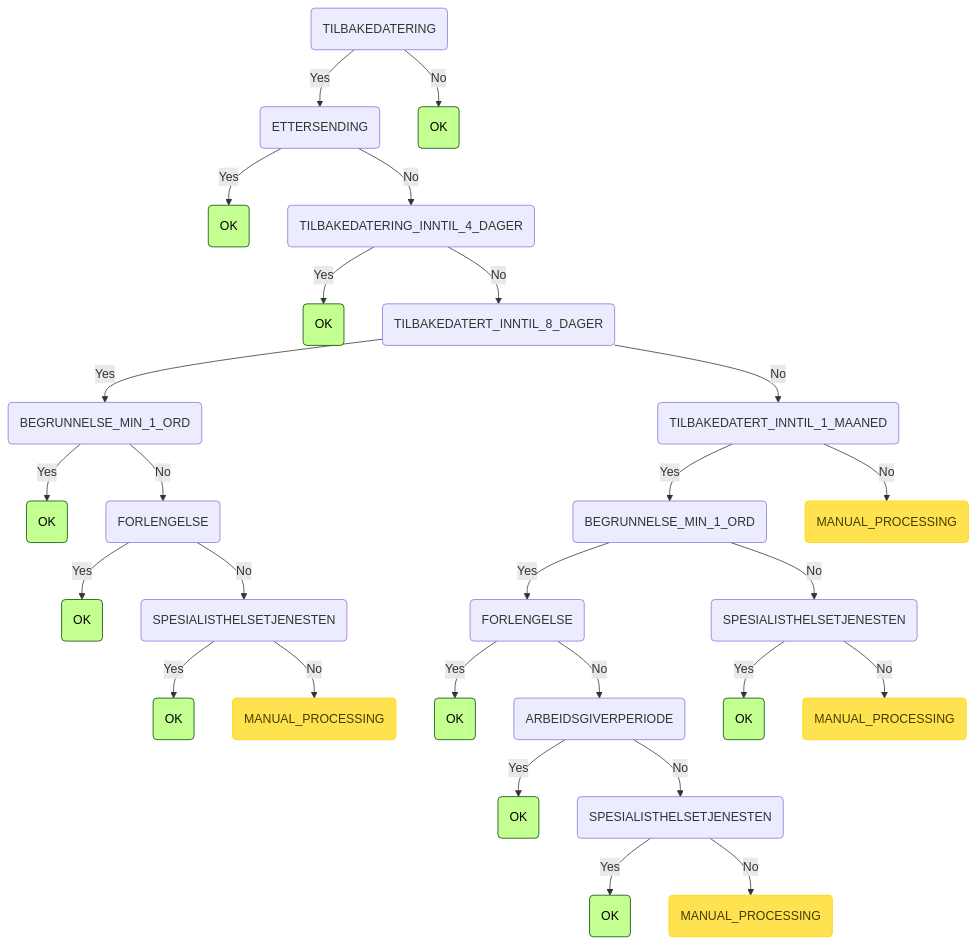
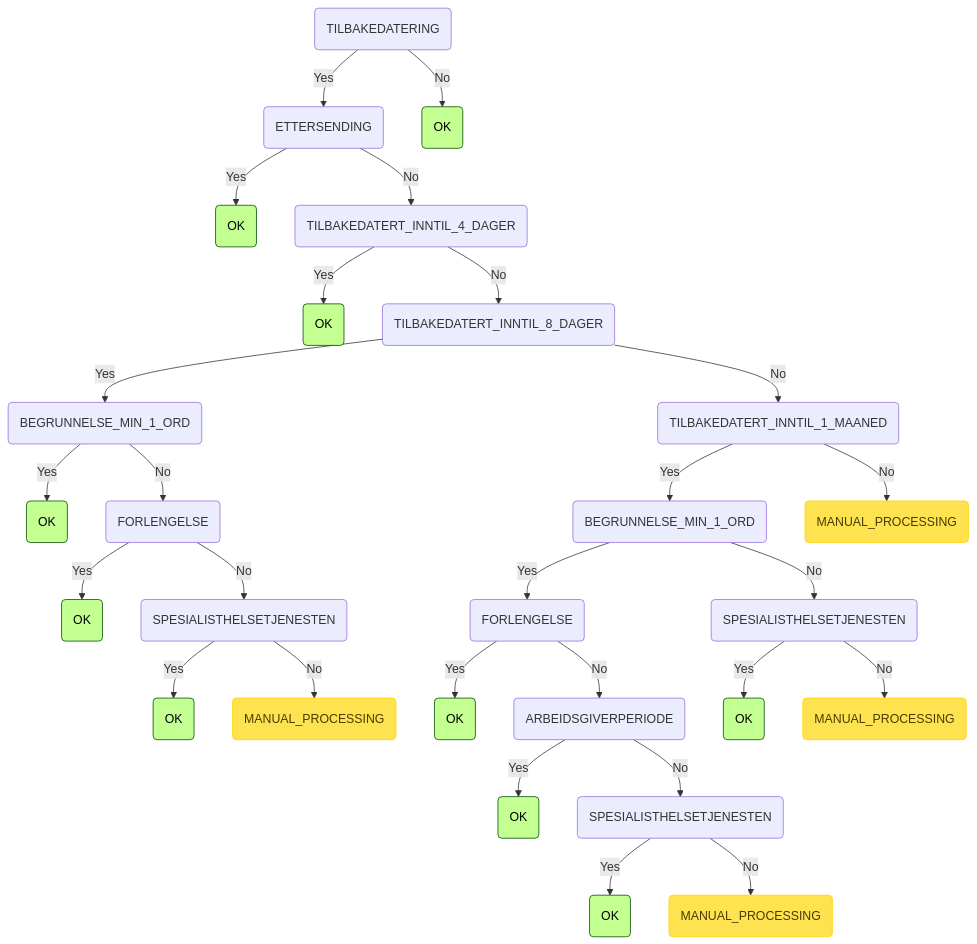
The eighth of 8 diagrams in README.md (navikt/syfosmpapirregler), drawn with Mermaid before and after one commit. The commit also changed 2 other files, not shown here.

Commit message:
chore: rename TILBAKEDATERT_INNTIL_4_DAGER

````diff
--- a/README.md
+++ b/README.md
@@ -249,32 +249,32 @@
 ```mermaid
 graph TD
     root(TILBAKEDATERING) -->|Yes| root_TILBAKEDATERING_ETTERSENDING(ETTERSENDING)
     root_TILBAKEDATERING_ETTERSENDING(ETTERSENDING) -->|Yes| root_TILBAKEDATERING_ETTERSENDING_OK(OK):::ok
-    root_TILBAKEDATERING_ETTERSENDING(ETTERSENDING) -->|No| root_TILBAKEDATERING_ETTERSENDING_TILBAKEDATERING_INNTIL_4_DAGER(TILBAKEDATERING_INNTIL_4_DAGER)
-    root_TILBAKEDATERING_ETTERSENDING_TILBAKEDATERING_INNTIL_4_DAGER(TILBAKEDATERING_INNTIL_4_DAGER) -->|Yes| root_TILBAKEDATERING_ETTERSENDING_TILBAKEDATERING_INNTIL_4_DAGER_OK(OK):::ok
-    root_TILBAKEDATERING_ETTERSENDING_TILBAKEDATERING_INNTIL_4_DAGER(TILBAKEDATERING_INNTIL_4_DAGER) -->|No| root_TILBAKEDATERING_ETTERSENDING_TILBAKEDATERING_INNTIL_4_DAGER_TILBAKEDATERT_INNTIL_8_DAGER(TILBAKEDATERT_INNTIL_8_DAGER)
-    root_TILBAKEDATERING_ETTERSENDING_TILBAKEDATERING_INNTIL_4_DAGER_TILBAKEDATERT_INNTIL_8_DAGER(TILBAKEDATERT_INNTIL_8_DAGER) -->|Yes| root_TILBAKEDATERING_ETTERSENDING_TILBAKEDATERING_INNTIL_4_DAGER_TILBAKEDATERT_INNTIL_8_DAGER_BEGRUNNELSE_MIN_1_ORD(BEGRUNNELSE_MIN_1_ORD)
-    root_TILBAKEDATERING_ETTERSENDING_TILBAKEDATERING_INNTIL_4_DAGER_TILBAKEDATERT_INNTIL_8_DAGER_BEGRUNNELSE_MIN_1_ORD(BEGRUNNELSE_MIN_1_ORD) -->|Yes| root_TILBAKEDATERING_ETTERSENDING_TILBAKEDATERING_INNTIL_4_DAGER_TILBAKEDATERT_INNTIL_8_DAGER_BEGRUNNELSE_MIN_1_ORD_OK(OK):::ok
-    root_TILBAKEDATERING_ETTERSENDING_TILBAKEDATERING_INNTIL_4_DAGER_TILBAKEDATERT_INNTIL_8_DAGER_BEGRUNNELSE_MIN_1_ORD(BEGRUNNELSE_MIN_1_ORD) -->|No| root_TILBAKEDATERING_ETTERSENDING_TILBAKEDATERING_INNTIL_4_DAGER_TILBAKEDATERT_INNTIL_8_DAGER_BEGRUNNELSE_MIN_1_ORD_FORLENGELSE(FORLENGELSE)
-    root_TILBAKEDATERING_ETTERSENDING_TILBAKEDATERING_INNTIL_4_DAGER_TILBAKEDATERT_INNTIL_8_DAGER_BEGRUNNELSE_MIN_1_ORD_FORLENGELSE(FORLENGELSE) -->|Yes| root_TILBAKEDATERING_ETTERSENDING_TILBAKEDATERING_INNTIL_4_DAGER_TILBAKEDATERT_INNTIL_8_DAGER_BEGRUNNELSE_MIN_1_ORD_FORLENGELSE_OK(OK):::ok
-    root_TILBAKEDATERING_ETTERSENDING_TILBAKEDATERING_INNTIL_4_DAGER_TILBAKEDATERT_INNTIL_8_DAGER_BEGRUNNELSE_MIN_1_ORD_FORLENGELSE(FORLENGELSE) -->|No| root_TILBAKEDATERING_ETTERSENDING_TILBAKEDATERING_INNTIL_4_DAGER_TILBAKEDATERT_INNTIL_8_DAGER_BEGRUNNELSE_MIN_1_ORD_FORLENGELSE_SPESIALISTHELSETJENESTEN(SPESIALISTHELSETJENESTEN)
-    root_TILBAKEDATERING_ETTERSENDING_TILBAKEDATERING_INNTIL_4_DAGER_TILBAKEDATERT_INNTIL_8_DAGER_BEGRUNNELSE_MIN_1_ORD_FORLENGELSE_SPESIALISTHELSETJENESTEN(SPESIALISTHELSETJENESTEN) -->|Yes| root_TILBAKEDATERING_ETTERSENDING_TILBAKEDATERING_INNTIL_4_DAGER_TILBAKEDATERT_INNTIL_8_DAGER_BEGRUNNELSE_MIN_1_ORD_FORLENGELSE_SPESIALISTHELSETJENESTEN_OK(OK):::ok
-    root_TILBAKEDATERING_ETTERSENDING_TILBAKEDATERING_INNTIL_4_DAGER_TILBAKEDATERT_INNTIL_8_DAGER_BEGRUNNELSE_MIN_1_ORD_FORLENGELSE_SPESIALISTHELSETJENESTEN(SPESIALISTHELSETJENESTEN) -->|No| root_TILBAKEDATERING_ETTERSENDING_TILBAKEDATERING_INNTIL_4_DAGER_TILBAKEDATERT_INNTIL_8_DAGER_BEGRUNNELSE_MIN_1_ORD_FORLENGELSE_SPESIALISTHELSETJENESTEN_MANUAL_PROCESSING(MANUAL_PROCESSING):::manuell
-    root_TILBAKEDATERING_ETTERSENDING_TILBAKEDATERING_INNTIL_4_DAGER_TILBAKEDATERT_INNTIL_8_DAGER(TILBAKEDATERT_INNTIL_8_DAGER) -->|No| root_TILBAKEDATERING_ETTERSENDING_TILBAKEDATERING_INNTIL_4_DAGER_TILBAKEDATERT_INNTIL_8_DAGER_TILBAKEDATERT_INNTIL_1_MAANED(TILBAKEDATERT_INNTIL_1_MAANED)
-    root_TILBAKEDATERING_ETTERSENDING_TILBAKEDATERING_INNTIL_4_DAGER_TILBAKEDATERT_INNTIL_8_DAGER_TILBAKEDATERT_INNTIL_1_MAANED(TILBAKEDATERT_INNTIL_1_MAANED) -->|Yes| root_TILBAKEDATERING_ETTERSENDING_TILBAKEDATERING_INNTIL_4_DAGER_TILBAKEDATERT_INNTIL_8_DAGER_TILBAKEDATERT_INNTIL_1_MAANED_BEGRUNNELSE_MIN_1_ORD(BEGRUNNELSE_MIN_1_ORD)
-    root_TILBAKEDATERING_ETTERSENDING_TILBAKEDATERING_INNTIL_4_DAGER_TILBAKEDATERT_INNTIL_8_DAGER_TILBAKEDATERT_INNTIL_1_MAANED_BEGRUNNELSE_MIN_1_ORD(BEGRUNNELSE_MIN_1_ORD) -->|Yes| root_TILBAKEDATERING_ETTERSENDING_TILBAKEDATERING_INNTIL_4_DAGER_TILBAKEDATERT_INNTIL_8_DAGER_TILBAKEDATERT_INNTIL_1_MAANED_BEGRUNNELSE_MIN_1_ORD_FORLENGELSE(FORLENGELSE)
-    root_TILBAKEDATERING_ETTERSENDING_TILBAKEDATERING_INNTIL_4_DAGER_TILBAKEDATERT_INNTIL_8_DAGER_TILBAKEDATERT_INNTIL_1_MAANED_BEGRUNNELSE_MIN_1_ORD_FORLENGELSE(FORLENGELSE) -->|Yes| root_TILBAKEDATERING_ETTERSENDING_TILBAKEDATERING_INNTIL_4_DAGER_TILBAKEDATERT_INNTIL_8_DAGER_TILBAKEDATERT_INNTIL_1_MAANED_BEGRUNNELSE_MIN_1_ORD_FORLENGELSE_OK(OK):::ok
-    root_TILBAKEDATERING_ETTERSENDING_TILBAKEDATERING_INNTIL_4_DAGER_TILBAKEDATERT_INNTIL_8_DAGER_TILBAKEDATERT_INNTIL_1_MAANED_BEGRUNNELSE_MIN_1_ORD_FORLENGELSE(FORLENGELSE) -->|No| root_TILBAKEDATERING_ETTERSENDING_TILBAKEDATERING_INNTIL_4_DAGER_TILBAKEDATERT_INNTIL_8_DAGER_TILBAKEDATERT_INNTIL_1_MAANED_BEGRUNNELSE_MIN_1_ORD_FORLENGELSE_ARBEIDSGIVERPERIODE(ARBEIDSGIVERPERIODE)
-    root_TILBAKEDATERING_ETTERSENDING_TILBAKEDATERING_INNTIL_4_DAGER_TILBAKEDATERT_INNTIL_8_DAGER_TILBAKEDATERT_INNTIL_1_MAANED_BEGRUNNELSE_MIN_1_ORD_FORLENGELSE_ARBEIDSGIVERPERIODE(ARBEIDSGIVERPERIODE) -->|Yes| root_TILBAKEDATERING_ETTERSENDING_TILBAKEDATERING_INNTIL_4_DAGER_TILBAKEDATERT_INNTIL_8_DAGER_TILBAKEDATERT_INNTIL_1_MAANED_BEGRUNNELSE_MIN_1_ORD_FORLENGELSE_ARBEIDSGIVERPERIODE_OK(OK):::ok
-    root_TILBAKEDATERING_ETTERSENDING_TILBAKEDATERING_INNTIL_4_DAGER_TILBAKEDATERT_INNTIL_8_DAGER_TILBAKEDATERT_INNTIL_1_MAANED_BEGRUNNELSE_MIN_1_ORD_FORLENGELSE_ARBEIDSGIVERPERIODE(ARBEIDSGIVERPERIODE) -->|No| root_TILBAKEDATERING_ETTERSENDING_TILBAKEDATERING_INNTIL_4_DAGER_TILBAKEDATERT_INNTIL_8_DAGER_TILBAKEDATERT_INNTIL_1_MAANED_BEGRUNNELSE_MIN_1_ORD_FORLENGELSE_ARBEIDSGIVERPERIODE_SPESIALISTHELSETJENESTEN(SPESIALISTHELSETJENESTEN)
-    root_TILBAKEDATERING_ETTERSENDING_TILBAKEDATERING_INNTIL_4_DAGER_TILBAKEDATERT_INNTIL_8_DAGER_TILBAKEDATERT_INNTIL_1_MAANED_BEGRUNNELSE_MIN_1_ORD_FORLENGELSE_ARBEIDSGIVERPERIODE_SPESIALISTHELSETJENESTEN(SPESIALISTHELSETJENESTEN) -->|Yes| root_TILBAKEDATERING_ETTERSENDING_TILBAKEDATERING_INNTIL_4_DAGER_TILBAKEDATERT_INNTIL_8_DAGER_TILBAKEDATERT_INNTIL_1_MAANED_BEGRUNNELSE_MIN_1_ORD_FORLENGELSE_ARBEIDSGIVERPERIODE_SPESIALISTHELSETJENESTEN_OK(OK):::ok
-    root_TILBAKEDATERING_ETTERSENDING_TILBAKEDATERING_INNTIL_4_DAGER_TILBAKEDATERT_INNTIL_8_DAGER_TILBAKEDATERT_INNTIL_1_MAANED_BEGRUNNELSE_MIN_1_ORD_FORLENGELSE_ARBEIDSGIVERPERIODE_SPESIALISTHELSETJENESTEN(SPESIALISTHELSETJENESTEN) -->|No| root_TILBAKEDATERING_ETTERSENDING_TILBAKEDATERING_INNTIL_4_DAGER_TILBAKEDATERT_INNTIL_8_DAGER_TILBAKEDATERT_INNTIL_1_MAANED_BEGRUNNELSE_MIN_1_ORD_FORLENGELSE_ARBEIDSGIVERPERIODE_SPESIALISTHELSETJENESTEN_MANUAL_PROCESSING(MANUAL_PROCESSING):::manuell
-    root_TILBAKEDATERING_ETTERSENDING_TILBAKEDATERING_INNTIL_4_DAGER_TILBAKEDATERT_INNTIL_8_DAGER_TILBAKEDATERT_INNTIL_1_MAANED_BEGRUNNELSE_MIN_1_ORD(BEGRUNNELSE_MIN_1_ORD) -->|No| root_TILBAKEDATERING_ETTERSENDING_TILBAKEDATERING_INNTIL_4_DAGER_TILBAKEDATERT_INNTIL_8_DAGER_TILBAKEDATERT_INNTIL_1_MAANED_BEGRUNNELSE_MIN_1_ORD_SPESIALISTHELSETJENESTEN(SPESIALISTHELSETJENESTEN)
-    root_TILBAKEDATERING_ETTERSENDING_TILBAKEDATERING_INNTIL_4_DAGER_TILBAKEDATERT_INNTIL_8_DAGER_TILBAKEDATERT_INNTIL_1_MAANED_BEGRUNNELSE_MIN_1_ORD_SPESIALISTHELSETJENESTEN(SPESIALISTHELSETJENESTEN) -->|Yes| root_TILBAKEDATERING_ETTERSENDING_TILBAKEDATERING_INNTIL_4_DAGER_TILBAKEDATERT_INNTIL_8_DAGER_TILBAKEDATERT_INNTIL_1_MAANED_BEGRUNNELSE_MIN_1_ORD_SPESIALISTHELSETJENESTEN_OK(OK):::ok
-    root_TILBAKEDATERING_ETTERSENDING_TILBAKEDATERING_INNTIL_4_DAGER_TILBAKEDATERT_INNTIL_8_DAGER_TILBAKEDATERT_INNTIL_1_MAANED_BEGRUNNELSE_MIN_1_ORD_SPESIALISTHELSETJENESTEN(SPESIALISTHELSETJENESTEN) -->|No| root_TILBAKEDATERING_ETTERSENDING_TILBAKEDATERING_INNTIL_4_DAGER_TILBAKEDATERT_INNTIL_8_DAGER_TILBAKEDATERT_INNTIL_1_MAANED_BEGRUNNELSE_MIN_1_ORD_SPESIALISTHELSETJENESTEN_MANUAL_PROCESSING(MANUAL_PROCESSING):::manuell
-    root_TILBAKEDATERING_ETTERSENDING_TILBAKEDATERING_INNTIL_4_DAGER_TILBAKEDATERT_INNTIL_8_DAGER_TILBAKEDATERT_INNTIL_1_MAANED(TILBAKEDATERT_INNTIL_1_MAANED) -->|No| root_TILBAKEDATERING_ETTERSENDING_TILBAKEDATERING_INNTIL_4_DAGER_TILBAKEDATERT_INNTIL_8_DAGER_TILBAKEDATERT_INNTIL_1_MAANED_MANUAL_PROCESSING(MANUAL_PROCESSING):::manuell
+    root_TILBAKEDATERING_ETTERSENDING(ETTERSENDING) -->|No| root_TILBAKEDATERING_ETTERSENDING_TILBAKEDATERT_INNTIL_4_DAGER(TILBAKEDATERT_INNTIL_4_DAGER)
+    root_TILBAKEDATERING_ETTERSENDING_TILBAKEDATERT_INNTIL_4_DAGER(TILBAKEDATERT_INNTIL_4_DAGER) -->|Yes| root_TILBAKEDATERING_ETTERSENDING_TILBAKEDATERT_INNTIL_4_DAGER_OK(OK):::ok
+    root_TILBAKEDATERING_ETTERSENDING_TILBAKEDATERT_INNTIL_4_DAGER(TILBAKEDATERT_INNTIL_4_DAGER) -->|No| root_TILBAKEDATERING_ETTERSENDING_TILBAKEDATERT_INNTIL_4_DAGER_TILBAKEDATERT_INNTIL_8_DAGER(TILBAKEDATERT_INNTIL_8_DAGER)
+    root_TILBAKEDATERING_ETTERSENDING_TILBAKEDATERT_INNTIL_4_DAGER_TILBAKEDATERT_INNTIL_8_DAGER(TILBAKEDATERT_INNTIL_8_DAGER) -->|Yes| root_TILBAKEDATERING_ETTERSENDING_TILBAKEDATERT_INNTIL_4_DAGER_TILBAKEDATERT_INNTIL_8_DAGER_BEGRUNNELSE_MIN_1_ORD(BEGRUNNELSE_MIN_1_ORD)
+    root_TILBAKEDATERING_ETTERSENDING_TILBAKEDATERT_INNTIL_4_DAGER_TILBAKEDATERT_INNTIL_8_DAGER_BEGRUNNELSE_MIN_1_ORD(BEGRUNNELSE_MIN_1_ORD) -->|Yes| root_TILBAKEDATERING_ETTERSENDING_TILBAKEDATERT_INNTIL_4_DAGER_TILBAKEDATERT_INNTIL_8_DAGER_BEGRUNNELSE_MIN_1_ORD_OK(OK):::ok
+    root_TILBAKEDATERING_ETTERSENDING_TILBAKEDATERT_INNTIL_4_DAGER_TILBAKEDATERT_INNTIL_8_DAGER_BEGRUNNELSE_MIN_1_ORD(BEGRUNNELSE_MIN_1_ORD) -->|No| root_TILBAKEDATERING_ETTERSENDING_TILBAKEDATERT_INNTIL_4_DAGER_TILBAKEDATERT_INNTIL_8_DAGER_BEGRUNNELSE_MIN_1_ORD_FORLENGELSE(FORLENGELSE)
+    root_TILBAKEDATERING_ETTERSENDING_TILBAKEDATERT_INNTIL_4_DAGER_TILBAKEDATERT_INNTIL_8_DAGER_BEGRUNNELSE_MIN_1_ORD_FORLENGELSE(FORLENGELSE) -->|Yes| root_TILBAKEDATERING_ETTERSENDING_TILBAKEDATERT_INNTIL_4_DAGER_TILBAKEDATERT_INNTIL_8_DAGER_BEGRUNNELSE_MIN_1_ORD_FORLENGELSE_OK(OK):::ok
+    root_TILBAKEDATERING_ETTERSENDING_TILBAKEDATERT_INNTIL_4_DAGER_TILBAKEDATERT_INNTIL_8_DAGER_BEGRUNNELSE_MIN_1_ORD_FORLENGELSE(FORLENGELSE) -->|No| root_TILBAKEDATERING_ETTERSENDING_TILBAKEDATERT_INNTIL_4_DAGER_TILBAKEDATERT_INNTIL_8_DAGER_BEGRUNNELSE_MIN_1_ORD_FORLENGELSE_SPESIALISTHELSETJENESTEN(SPESIALISTHELSETJENESTEN)
+    root_TILBAKEDATERING_ETTERSENDING_TILBAKEDATERT_INNTIL_4_DAGER_TILBAKEDATERT_INNTIL_8_DAGER_BEGRUNNELSE_MIN_1_ORD_FORLENGELSE_SPESIALISTHELSETJENESTEN(SPESIALISTHELSETJENESTEN) -->|Yes| root_TILBAKEDATERING_ETTERSENDING_TILBAKEDATERT_INNTIL_4_DAGER_TILBAKEDATERT_INNTIL_8_DAGER_BEGRUNNELSE_MIN_1_ORD_FORLENGELSE_SPESIALISTHELSETJENESTEN_OK(OK):::ok
+    root_TILBAKEDATERING_ETTERSENDING_TILBAKEDATERT_INNTIL_4_DAGER_TILBAKEDATERT_INNTIL_8_DAGER_BEGRUNNELSE_MIN_1_ORD_FORLENGELSE_SPESIALISTHELSETJENESTEN(SPESIALISTHELSETJENESTEN) -->|No| root_TILBAKEDATERING_ETTERSENDING_TILBAKEDATERT_INNTIL_4_DAGER_TILBAKEDATERT_INNTIL_8_DAGER_BEGRUNNELSE_MIN_1_ORD_FORLENGELSE_SPESIALISTHELSETJENESTEN_MANUAL_PROCESSING(MANUAL_PROCESSING):::manuell
+    root_TILBAKEDATERING_ETTERSENDING_TILBAKEDATERT_INNTIL_4_DAGER_TILBAKEDATERT_INNTIL_8_DAGER(TILBAKEDATERT_INNTIL_8_DAGER) -->|No| root_TILBAKEDATERING_ETTERSENDING_TILBAKEDATERT_INNTIL_4_DAGER_TILBAKEDATERT_INNTIL_8_DAGER_TILBAKEDATERT_INNTIL_1_MAANED(TILBAKEDATERT_INNTIL_1_MAANED)
+    root_TILBAKEDATERING_ETTERSENDING_TILBAKEDATERT_INNTIL_4_DAGER_TILBAKEDATERT_INNTIL_8_DAGER_TILBAKEDATERT_INNTIL_1_MAANED(TILBAKEDATERT_INNTIL_1_MAANED) -->|Yes| root_TILBAKEDATERING_ETTERSENDING_TILBAKEDATERT_INNTIL_4_DAGER_TILBAKEDATERT_INNTIL_8_DAGER_TILBAKEDATERT_INNTIL_1_MAANED_BEGRUNNELSE_MIN_1_ORD(BEGRUNNELSE_MIN_1_ORD)
+    root_TILBAKEDATERING_ETTERSENDING_TILBAKEDATERT_INNTIL_4_DAGER_TILBAKEDATERT_INNTIL_8_DAGER_TILBAKEDATERT_INNTIL_1_MAANED_BEGRUNNELSE_MIN_1_ORD(BEGRUNNELSE_MIN_1_ORD) -->|Yes| root_TILBAKEDATERING_ETTERSENDING_TILBAKEDATERT_INNTIL_4_DAGER_TILBAKEDATERT_INNTIL_8_DAGER_TILBAKEDATERT_INNTIL_1_MAANED_BEGRUNNELSE_MIN_1_ORD_FORLENGELSE(FORLENGELSE)
+    root_TILBAKEDATERING_ETTERSENDING_TILBAKEDATERT_INNTIL_4_DAGER_TILBAKEDATERT_INNTIL_8_DAGER_TILBAKEDATERT_INNTIL_1_MAANED_BEGRUNNELSE_MIN_1_ORD_FORLENGELSE(FORLENGELSE) -->|Yes| root_TILBAKEDATERING_ETTERSENDING_TILBAKEDATERT_INNTIL_4_DAGER_TILBAKEDATERT_INNTIL_8_DAGER_TILBAKEDATERT_INNTIL_1_MAANED_BEGRUNNELSE_MIN_1_ORD_FORLENGELSE_OK(OK):::ok
+    root_TILBAKEDATERING_ETTERSENDING_TILBAKEDATERT_INNTIL_4_DAGER_TILBAKEDATERT_INNTIL_8_DAGER_TILBAKEDATERT_INNTIL_1_MAANED_BEGRUNNELSE_MIN_1_ORD_FORLENGELSE(FORLENGELSE) -->|No| root_TILBAKEDATERING_ETTERSENDING_TILBAKEDATERT_INNTIL_4_DAGER_TILBAKEDATERT_INNTIL_8_DAGER_TILBAKEDATERT_INNTIL_1_MAANED_BEGRUNNELSE_MIN_1_ORD_FORLENGELSE_ARBEIDSGIVERPERIODE(ARBEIDSGIVERPERIODE)
+    root_TILBAKEDATERING_ETTERSENDING_TILBAKEDATERT_INNTIL_4_DAGER_TILBAKEDATERT_INNTIL_8_DAGER_TILBAKEDATERT_INNTIL_1_MAANED_BEGRUNNELSE_MIN_1_ORD_FORLENGELSE_ARBEIDSGIVERPERIODE(ARBEIDSGIVERPERIODE) -->|Yes| root_TILBAKEDATERING_ETTERSENDING_TILBAKEDATERT_INNTIL_4_DAGER_TILBAKEDATERT_INNTIL_8_DAGER_TILBAKEDATERT_INNTIL_1_MAANED_BEGRUNNELSE_MIN_1_ORD_FORLENGELSE_ARBEIDSGIVERPERIODE_OK(OK):::ok
+    root_TILBAKEDATERING_ETTERSENDING_TILBAKEDATERT_INNTIL_4_DAGER_TILBAKEDATERT_INNTIL_8_DAGER_TILBAKEDATERT_INNTIL_1_MAANED_BEGRUNNELSE_MIN_1_ORD_FORLENGELSE_ARBEIDSGIVERPERIODE(ARBEIDSGIVERPERIODE) -->|No| root_TILBAKEDATERING_ETTERSENDING_TILBAKEDATERT_INNTIL_4_DAGER_TILBAKEDATERT_INNTIL_8_DAGER_TILBAKEDATERT_INNTIL_1_MAANED_BEGRUNNELSE_MIN_1_ORD_FORLENGELSE_ARBEIDSGIVERPERIODE_SPESIALISTHELSETJENESTEN(SPESIALISTHELSETJENESTEN)
+    root_TILBAKEDATERING_ETTERSENDING_TILBAKEDATERT_INNTIL_4_DAGER_TILBAKEDATERT_INNTIL_8_DAGER_TILBAKEDATERT_INNTIL_1_MAANED_BEGRUNNELSE_MIN_1_ORD_FORLENGELSE_ARBEIDSGIVERPERIODE_SPESIALISTHELSETJENESTEN(SPESIALISTHELSETJENESTEN) -->|Yes| root_TILBAKEDATERING_ETTERSENDING_TILBAKEDATERT_INNTIL_4_DAGER_TILBAKEDATERT_INNTIL_8_DAGER_TILBAKEDATERT_INNTIL_1_MAANED_BEGRUNNELSE_MIN_1_ORD_FORLENGELSE_ARBEIDSGIVERPERIODE_SPESIALISTHELSETJENESTEN_OK(OK):::ok
+    root_TILBAKEDATERING_ETTERSENDING_TILBAKEDATERT_INNTIL_4_DAGER_TILBAKEDATERT_INNTIL_8_DAGER_TILBAKEDATERT_INNTIL_1_MAANED_BEGRUNNELSE_MIN_1_ORD_FORLENGELSE_ARBEIDSGIVERPERIODE_SPESIALISTHELSETJENESTEN(SPESIALISTHELSETJENESTEN) -->|No| root_TILBAKEDATERING_ETTERSENDING_TILBAKEDATERT_INNTIL_4_DAGER_TILBAKEDATERT_INNTIL_8_DAGER_TILBAKEDATERT_INNTIL_1_MAANED_BEGRUNNELSE_MIN_1_ORD_FORLENGELSE_ARBEIDSGIVERPERIODE_SPESIALISTHELSETJENESTEN_MANUAL_PROCESSING(MANUAL_PROCESSING):::manuell
+    root_TILBAKEDATERING_ETTERSENDING_TILBAKEDATERT_INNTIL_4_DAGER_TILBAKEDATERT_INNTIL_8_DAGER_TILBAKEDATERT_INNTIL_1_MAANED_BEGRUNNELSE_MIN_1_ORD(BEGRUNNELSE_MIN_1_ORD) -->|No| root_TILBAKEDATERING_ETTERSENDING_TILBAKEDATERT_INNTIL_4_DAGER_TILBAKEDATERT_INNTIL_8_DAGER_TILBAKEDATERT_INNTIL_1_MAANED_BEGRUNNELSE_MIN_1_ORD_SPESIALISTHELSETJENESTEN(SPESIALISTHELSETJENESTEN)
+    root_TILBAKEDATERING_ETTERSENDING_TILBAKEDATERT_INNTIL_4_DAGER_TILBAKEDATERT_INNTIL_8_DAGER_TILBAKEDATERT_INNTIL_1_MAANED_BEGRUNNELSE_MIN_1_ORD_SPESIALISTHELSETJENESTEN(SPESIALISTHELSETJENESTEN) -->|Yes| root_TILBAKEDATERING_ETTERSENDING_TILBAKEDATERT_INNTIL_4_DAGER_TILBAKEDATERT_INNTIL_8_DAGER_TILBAKEDATERT_INNTIL_1_MAANED_BEGRUNNELSE_MIN_1_ORD_SPESIALISTHELSETJENESTEN_OK(OK):::ok
+    root_TILBAKEDATERING_ETTERSENDING_TILBAKEDATERT_INNTIL_4_DAGER_TILBAKEDATERT_INNTIL_8_DAGER_TILBAKEDATERT_INNTIL_1_MAANED_BEGRUNNELSE_MIN_1_ORD_SPESIALISTHELSETJENESTEN(SPESIALISTHELSETJENESTEN) -->|No| root_TILBAKEDATERING_ETTERSENDING_TILBAKEDATERT_INNTIL_4_DAGER_TILBAKEDATERT_INNTIL_8_DAGER_TILBAKEDATERT_INNTIL_1_MAANED_BEGRUNNELSE_MIN_1_ORD_SPESIALISTHELSETJENESTEN_MANUAL_PROCESSING(MANUAL_PROCESSING):::manuell
+    root_TILBAKEDATERING_ETTERSENDING_TILBAKEDATERT_INNTIL_4_DAGER_TILBAKEDATERT_INNTIL_8_DAGER_TILBAKEDATERT_INNTIL_1_MAANED(TILBAKEDATERT_INNTIL_1_MAANED) -->|No| root_TILBAKEDATERING_ETTERSENDING_TILBAKEDATERT_INNTIL_4_DAGER_TILBAKEDATERT_INNTIL_8_DAGER_TILBAKEDATERT_INNTIL_1_MAANED_MANUAL_PROCESSING(MANUAL_PROCESSING):::manuell
     root(TILBAKEDATERING) -->|No| root_TILBAKEDATERING_OK(OK):::ok
     classDef ok fill:#c3ff91,stroke:#004a00,color: black;
     classDef invalid fill:#ff7373,stroke:#ff0000,color: black;
     classDef manuell fill:#ffe24f,stroke:#ffd500,color: #473c00;
 ```
````
